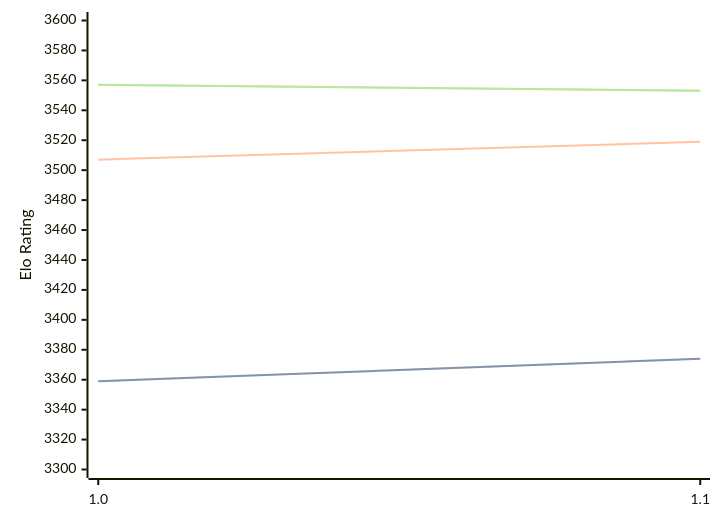
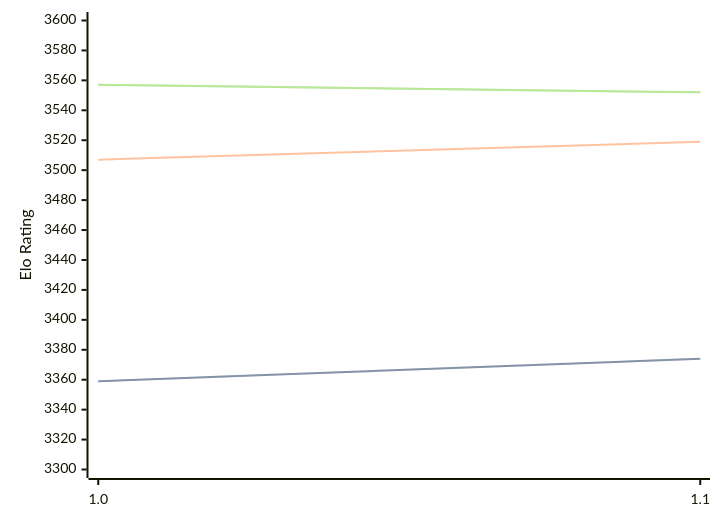
Before and after one commit to computer-chess-index/cci: the diagram in engines/Horsie.md, drawn with Mermaid. The commit also changed other lines of this file, not shown here.

Commit message:
Update CCI Ratings (ELO VLTC) - 2026-03-25

````diff
--- a/engines/Horsie.md
+++ b/engines/Horsie.md
@@ -32,11 +32,11 @@
 ```mermaid
 %%{init: {"theme":"base","themeVariables":{"seriesColors:['#a3a3a3','#222221','#faa371']}}}%%
 xychart-beta
   x-axis ["1.0", "1.1"]
   y-axis "Elo Rating" 3300 --> 3600
   line "STC (8.0+0.08s)" [3359, 3374]
   line "STC (8.0+0.08s)" [3359, 3374]
   line "LTC (60.0+0.60s)" [3507, 3519]
-  line "VLTC (2m24s+1.12s)" [3557, 3553]
-  line "VLTC (2m24s+1.12s)" [3557, 3553]
+  line "VLTC (2m24s+1.12s)" [3557, 3552]
+  line "VLTC (2m24s+1.12s)" [3557, 3552]
 ```
````
